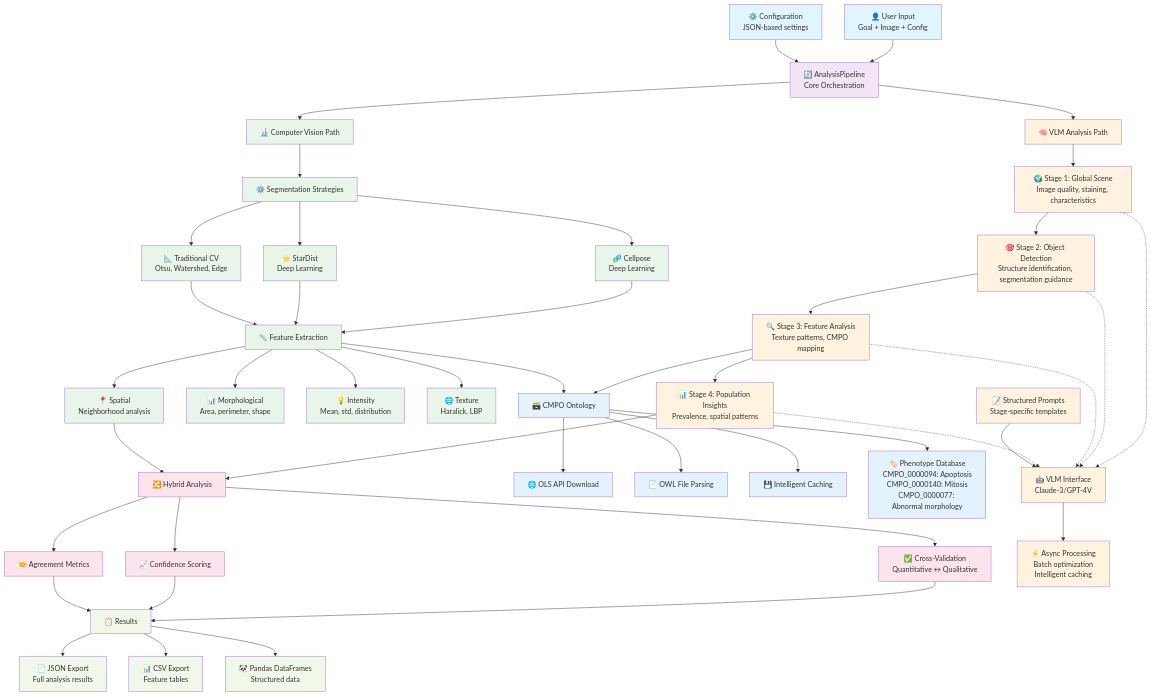
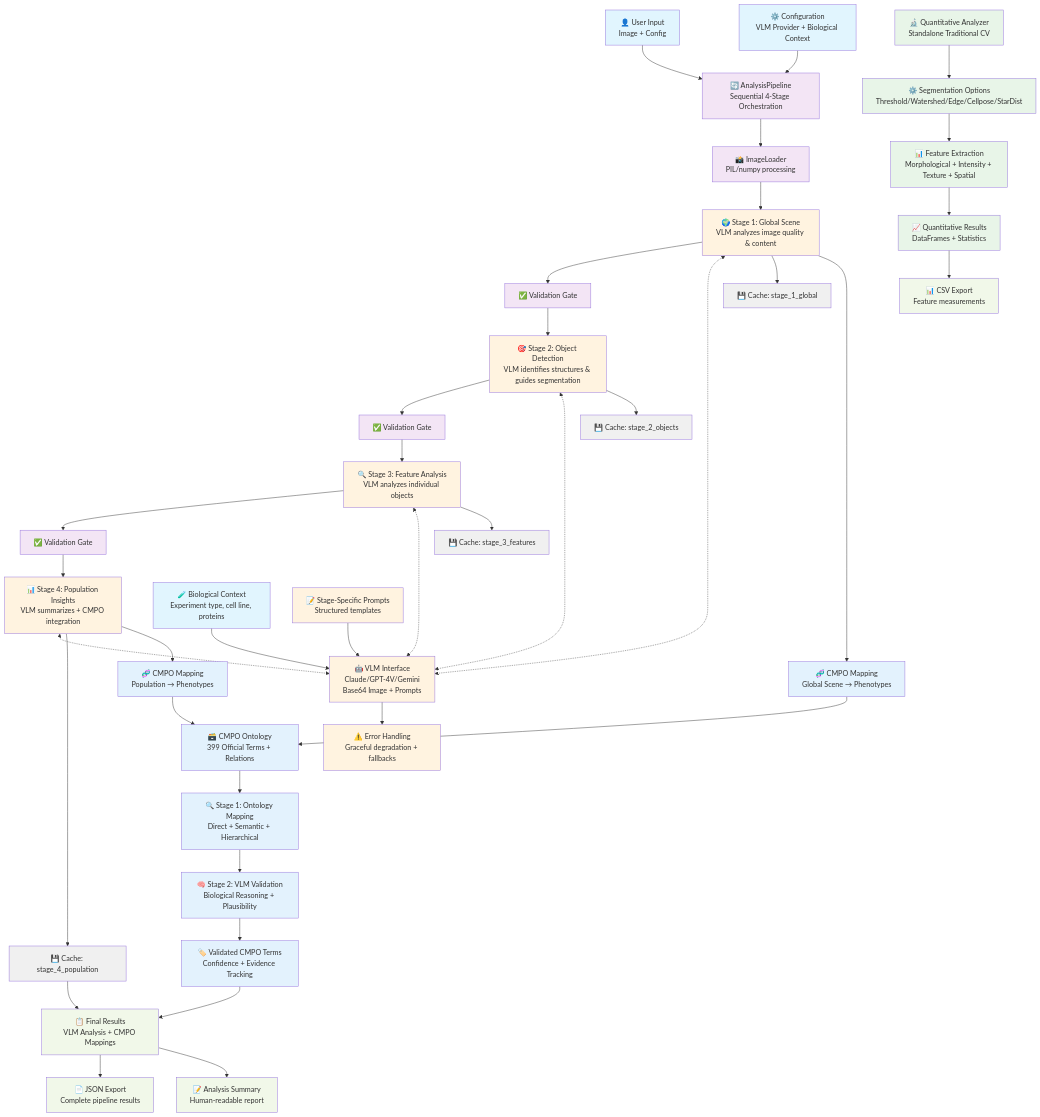
One commit to pskeshu/anton changed the diagram in README.md. Above: the diagram before and after it, drawn with Mermaid. The commit also changed other lines of this file, not shown here.

Commit message:
Update README: accurate API examples and architecture diagram
- Fix heading from Advanced Tool to AI-Powered Framework
- Correct class name from AntonPipeline to AnalysisPipeline
- Fix method names and add sync/async usage examples
- Update mermaid architecture diagram to reflect actual implementation:
  * Sequential 4-stage VLM pipeline with validation gates
  * Results caching system between stages
  * Two-stage CMPO mapping (ontology + VLM validation)
  * Separate quantitative analyzer path (not integrated)
  * Biological context integration throughout pipeline
- Add missing examples/README.md to project structure

````diff
--- a/README.md
+++ b/README.md
@@ -88,88 +88,83 @@
 ```mermaid
 graph TB
-    %% User Input
-    User[👤 User Input<br/>Goal + Image + Config] --> Pipeline[🔄 AnalysisPipeline<br/>Core Orchestration]
+    %% User Input & Configuration
+    User[👤 User Input<br/>Image + Config] --> Pipeline[🔄 AnalysisPipeline<br/>Sequential 4-Stage Orchestration]
+    Config[⚙️ Configuration<br/>VLM Provider + Biological Context] --> Pipeline
     
-    %% Core Pipeline branching to two main analysis paths
-    Pipeline --> VLM_Path[🧠 VLM Analysis Path]
-    Pipeline --> CV_Path[🔬 Computer Vision Path]
+    %% Image Loading
+    Pipeline --> ImageLoader[📸 ImageLoader<br/>PIL/numpy processing]
     
-    %% VLM Analysis Pipeline (4 stages)
-    VLM_Path --> Stage1[🌍 Stage 1: Global Scene<br/>Image quality, staining, characteristics]
-    Stage1 --> Stage2[🎯 Stage 2: Object Detection<br/>Structure identification, segmentation guidance]
-    Stage2 --> Stage3[🔍 Stage 3: Feature Analysis<br/>Texture patterns, CMPO mapping]
-    Stage3 --> Stage4[📊 Stage 4: Population Insights<br/>Prevalence, spatial patterns]
+    %% Sequential 4-Stage VLM Pipeline
+    ImageLoader --> Stage1[🌍 Stage 1: Global Scene<br/>VLM analyzes image quality & content]
+    Stage1 --> Validate1[✅ Validation Gate]
+    Validate1 --> Stage2[🎯 Stage 2: Object Detection<br/>VLM identifies structures & guides segmentation]
+    Stage2 --> Validate2[✅ Validation Gate]
+    Validate2 --> Stage3[🔍 Stage 3: Feature Analysis<br/>VLM analyzes individual objects]
+    Stage3 --> Validate3[✅ Validation Gate]
+    Validate3 --> Stage4[📊 Stage 4: Population Insights<br/>VLM summarizes + CMPO integration]
     
-    %% VLM Interface
-    Stage1 -.-> VLM[🤖 VLM Interface<br/>Claude-3/GPT-4V]
-    Stage2 -.-> VLM
-    Stage3 -.-> VLM
-    Stage4 -.-> VLM
+    %% VLM Interface (shared across all stages)
+    VLM[🤖 VLM Interface<br/>Claude/GPT-4V/Gemini<br/>Base64 Image + Prompts] 
+    Stage1 <-.-> VLM
+    Stage2 <-.-> VLM
+    Stage3 <-.-> VLM
+    Stage4 <-.-> VLM
     
-    %% Computer Vision Path
-    CV_Path --> Segmentation[⚙️ Segmentation Strategies]
-    Segmentation --> Cellpose[🧬 Cellpose<br/>Deep Learning]
-    Segmentation --> StarDist[⭐ StarDist<br/>Deep Learning]
-    Segmentation --> Traditional[📐 Traditional CV<br/>Otsu, Watershed, Edge]
+    %% Results Caching System
+    Stage1 --> Cache1[💾 Cache: stage_1_global]
+    Stage2 --> Cache2[💾 Cache: stage_2_objects]
+    Stage3 --> Cache3[💾 Cache: stage_3_features]
+    Stage4 --> Cache4[💾 Cache: stage_4_population]
     
-    %% Feature Extraction
-    Cellpose --> Features[📏 Feature Extraction]
-    StarDist --> Features
-    Traditional --> Features
+    %% CMPO Integration (Two-Stage Process)
+    Stage1 --> CMPO_Global[🧬 CMPO Mapping<br/>Global Scene → Phenotypes]
+    Stage4 --> CMPO_Population[🧬 CMPO Mapping<br/>Population → Phenotypes]
     
-    Features --> Morphological[📊 Morphological<br/>Area, perimeter, shape]
-    Features --> Intensity[💡 Intensity<br/>Mean, std, distribution]
-    Features --> Texture[🌐 Texture<br/>Haralick, LBP]
-    Features --> Spatial[📍 Spatial<br/>Neighborhood analysis]
+    CMPO_Global --> CMPOOntology[🗃️ CMPO Ontology<br/>399 Official Terms + Relations]
+    CMPO_Population --> CMPOOntology
     
-    %% CMPO Integration
-    Stage3 --> CMPO[🗃️ CMPO Ontology]
-    Features --> CMPO
+    %% Two-Stage CMPO Process
+    CMPOOntology --> CMPOStage1[🔍 Stage 1: Ontology Mapping<br/>Direct + Semantic + Hierarchical]
+    CMPOStage1 --> CMPOStage2[🧠 Stage 2: VLM Validation<br/>Biological Reasoning + Plausibility]
+    CMPOStage2 --> CMPOResults[🏷️ Validated CMPO Terms<br/>Confidence + Evidence Tracking]
     
-    CMPO --> OLS[🌐 OLS API Download]
-    CMPO --> OWL[📄 OWL File Parsing]
-    CMPO --> Cache[💾 Intelligent Caching]
-    CMPO --> Phenotypes[🏷️ Phenotype Database<br/>CMPO_0000094: Apoptosis<br/>CMPO_0000140: Mitosis<br/>CMPO_0000077: Abnormal morphology]
+    %% Separate Quantitative Analysis Path (Standalone)
+    QuantPath[🔬 Quantitative Analyzer<br/>Standalone Traditional CV]
+    QuantPath --> QuantSeg[⚙️ Segmentation Options<br/>Threshold/Watershed/Edge/Cellpose/StarDist]
+    QuantSeg --> QuantFeatures[📊 Feature Extraction<br/>Morphological + Intensity + Texture + Spatial]
+    QuantFeatures --> QuantResults[📈 Quantitative Results<br/>DataFrames + Statistics]
     
-    %% Hybrid Analysis & Cross-validation
-    Stage4 --> Hybrid[🔀 Hybrid Analysis]
-    Spatial --> Hybrid
+    %% Final Results Integration
+    Cache4 --> FinalResults[📋 Final Results<br/>VLM Analysis + CMPO Mappings]
+    CMPOResults --> FinalResults
     
-    Hybrid --> CrossVal[✅ Cross-Validation<br/>Quantitative ↔ Qualitative]
-    Hybrid --> Confidence[📈 Confidence Scoring]
-    Hybrid --> Agreement[🤝 Agreement Metrics]
+    %% Output Formats
+    FinalResults --> OutputJSON[📄 JSON Export<br/>Complete pipeline results]
+    FinalResults --> OutputSummary[📝 Analysis Summary<br/>Human-readable report]
+    QuantResults --> OutputCSV[📊 CSV Export<br/>Feature measurements]
     
-    %% Results & Output
-    CrossVal --> Results[📋 Results]
-    Confidence --> Results
-    Agreement --> Results
+    %% Biological Context Integration
+    BioContext[🧪 Biological Context<br/>Experiment type, cell line, proteins] --> VLM
+    Prompts[📝 Stage-Specific Prompts<br/>Structured templates] --> VLM
     
-    Results --> JSON[📄 JSON Export<br/>Full analysis results]
-    Results --> CSV[📊 CSV Export<br/>Feature tables]
-    Results --> Pandas[🐼 Pandas DataFrames<br/>Structured data]
-    
-    %% Configuration & Prompts
-    Config[⚙️ Configuration<br/>JSON-based settings] --> Pipeline
-    Prompts[📝 Structured Prompts<br/>Stage-specific templates] --> VLM
-    
-    %% Async Processing
-    VLM --> Async[⚡ Async Processing<br/>Batch optimization<br/>Intelligent caching]
+    %% Error Handling & Fallbacks
+    VLM --> ErrorHandling[⚠️ Error Handling<br/>Graceful degradation + fallbacks]
     
     %% Styling
     classDef userInput fill:#e1f5fe
     classDef pipeline fill:#f3e5f5
     classDef vlm fill:#fff3e0
-    classDef cv fill:#e8f5e8
+    classDef quantitative fill:#e8f5e8
     classDef cmpo fill:#e3f2fd
-    classDef hybrid fill:#fce4ec
     classDef results fill:#f1f8e9
     classDef config fill:#fafafa
+    classDef cache fill:#f0f0f0
     
-    class User,Config userInput
-    class Pipeline pipeline
-    class VLM_Path,Stage1,Stage2,Stage3,Stage4,VLM,Async,Prompts vlm
-    class CV_Path,Segmentation,Cellpose,StarDist,Traditional,Features,Morphological,Intensity,Texture,Spatial cv
-    class CMPO,OLS,OWL,Cache,Phenotypes cmpo
-    class Hybrid,CrossVal,Confidence,Agreement hybrid
-    class Results,JSON,CSV,Pandas results
+    class User,Config,BioContext userInput
+    class Pipeline,ImageLoader,Validate1,Validate2,Validate3 pipeline
+    class Stage1,Stage2,Stage3,Stage4,VLM,Prompts,ErrorHandling vlm
+    class QuantPath,QuantSeg,QuantFeatures,QuantResults quantitative
+    class CMPO_Global,CMPO_Population,CMPOOntology,CMPOStage1,CMPOStage2,CMPOResults cmpo
+    class FinalResults,OutputJSON,OutputSummary,OutputCSV results
+    class Cache1,Cache2,Cache3,Cache4 cache
 ```
````
